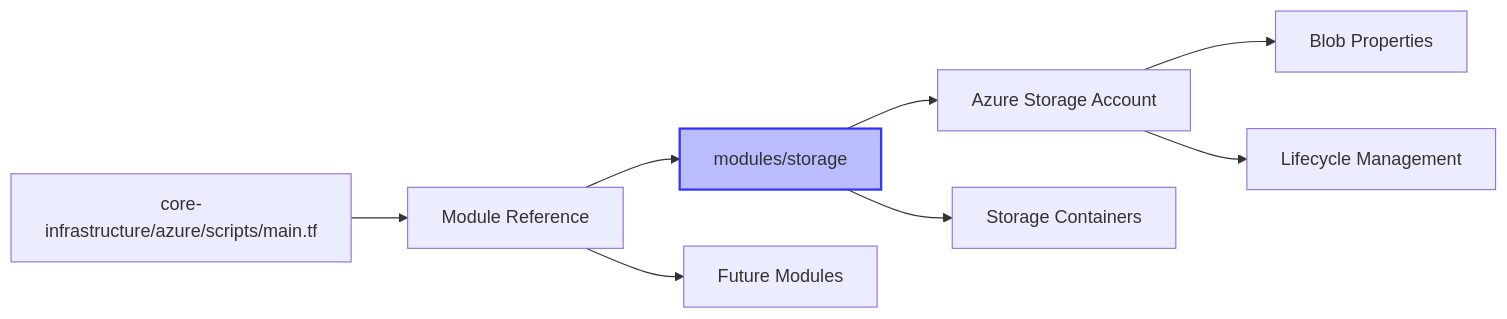
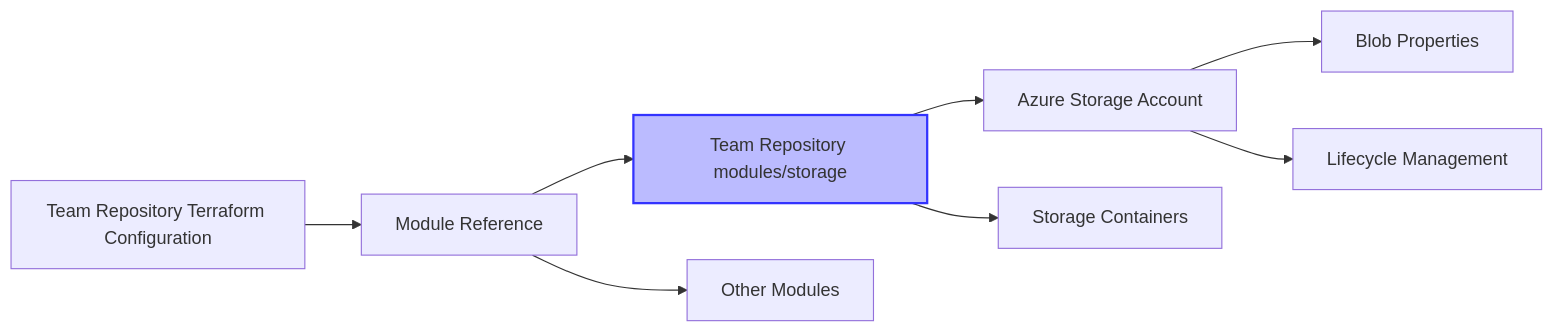
The second of 8 diagrams in PLAYBOOK.md (joselrnz/terraform-cloud-modules-iac), drawn with Mermaid before and after one commit. The commit also changed other lines of this file, not shown here.

````diff
--- a/PLAYBOOK.md
+++ b/PLAYBOOK.md
@@ -111,14 +152,14 @@
 ```mermaid
 graph LR
-    A[core-infrastructure/azure/scripts/main.tf] --> B[Module Reference]
-    B --> C[modules/storage]
-    B --> D[Future Modules]
+    A[Team Repository Terraform Configuration] --> B[Module Reference]
+    B --> C[Team Repository modules/storage]
+    B --> D[Other Modules]
 
     C --> E[Azure Storage Account]
     C --> F[Storage Containers]
 
     E --> G[Blob Properties]
     E --> H[Lifecycle Management]
 
     style C fill:#bbf,stroke:#33f,stroke-width:2px
 ```
````
